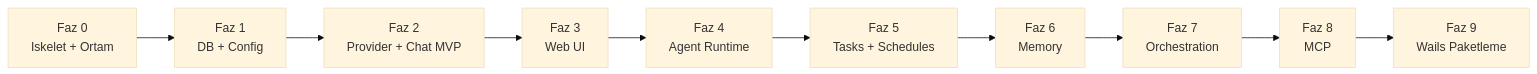
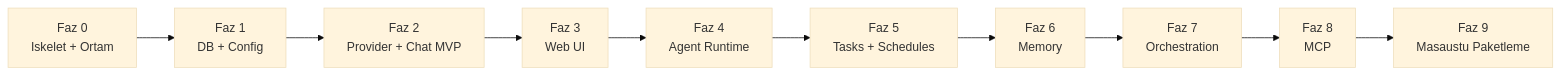
One commit to bilal-arikan/tionharness changed the diagram in _Docs/03-YOL-HARITASI.md. Above: the diagram before and after it, drawn with Mermaid (base theme). The commit also changed other lines of this file and 20 other files, not shown here.

````diff
--- a/_Docs/03-YOL-HARITASI.md
+++ b/_Docs/03-YOL-HARITASI.md
@@ -5,12 +5,12 @@
 ```mermaid
 graph LR
     F0[Faz 0<br/>Iskelet + Ortam] --> F1[Faz 1<br/>DB + Config]
     F1 --> F2[Faz 2<br/>Provider + Chat MVP]
     F2 --> F3[Faz 3<br/>Web UI]
     F3 --> F4[Faz 4<br/>Agent Runtime]
     F4 --> F5[Faz 5<br/>Tasks + Schedules]
     F5 --> F6[Faz 6<br/>Memory]
     F6 --> F7[Faz 7<br/>Orchestration]
     F7 --> F8[Faz 8<br/>MCP]
-    F8 --> F9[Faz 9<br/>Wails Paketleme]
+    F8 --> F9[Faz 9<br/>Masaustu Paketleme]
 ```
````
